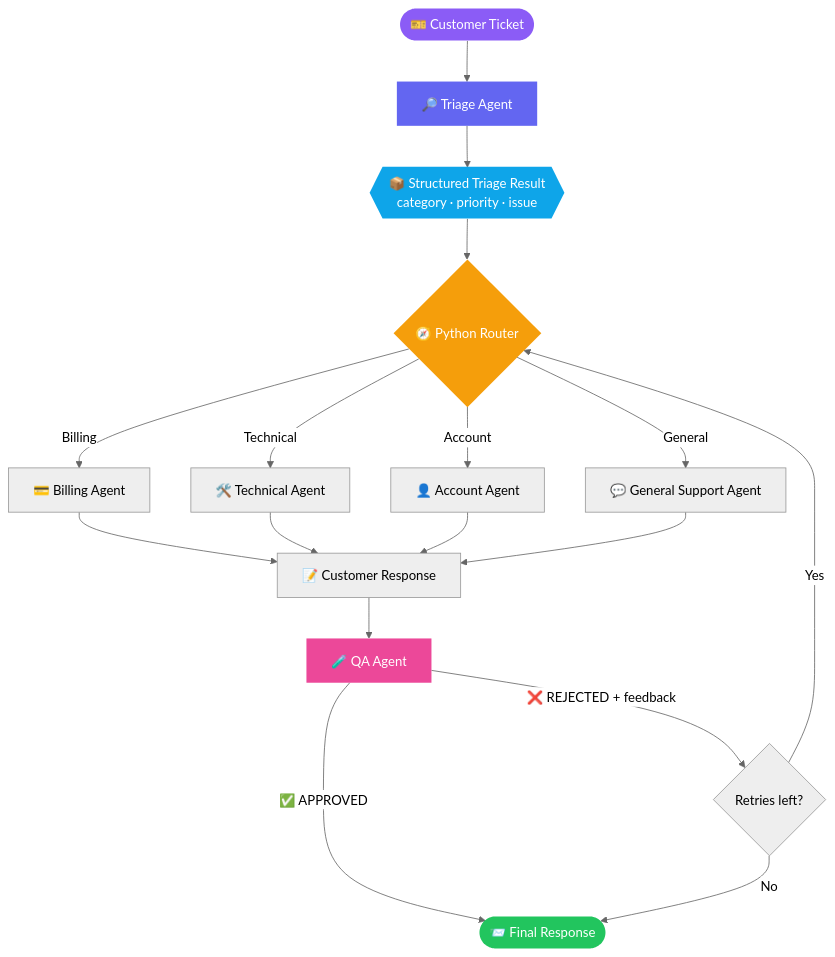
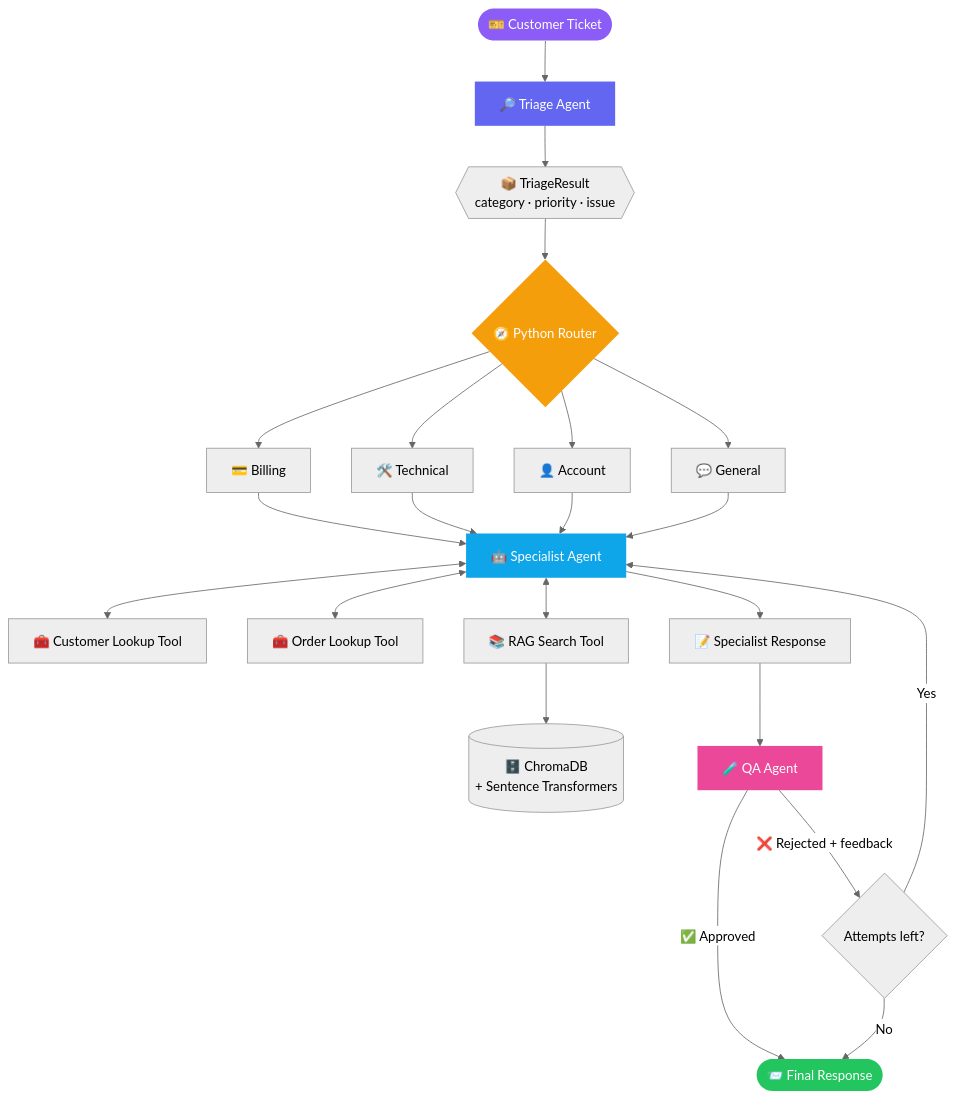
Before and after one commit to Mahee0117/Ticket_resolver_crewai: the first of 3 diagrams in README.md, drawn with Mermaid (neutral theme). The commit also changed other lines of this file and 19 other files, not shown here.

````diff
--- a/README.md
+++ b/README.md
@@ -77,26 +97,30 @@
 ```mermaid
 flowchart TD
     A([🎫 Customer Ticket]) --> B[🔎 Triage Agent]
-    B --> C{{📦 Structured Triage Result<br/>category · priority · issue}}
+    B --> C{{📦 TriageResult<br/>category · priority · issue}}
     C --> D{🧭 Python Router}
-    D -->|Billing| E[💳 Billing Agent]
-    D -->|Technical| F[🛠️ Technical Agent]
-    D -->|Account| G[👤 Account Agent]
-    D -->|General| H[💬 General Support Agent]
-    E --> I[📝 Customer Response]
-    F --> I
-    G --> I
-    H --> I
-    I --> J[🧪 QA Agent]
-    J -->|✅ APPROVED| K([📨 Final Response])
-    J -->|❌ REJECTED + feedback| L{Retries left?}
-    L -->|Yes| D
-    L -->|No| K
+    D --> E[💳 Billing]
+    D --> F[🛠️ Technical]
+    D --> G[👤 Account]
+    D --> H[💬 General]
+    E & F & G & H --> S[🤖 Specialist Agent]
+
+    S <--> T1[🧰 Customer Lookup Tool]
+    S <--> T2[🧰 Order Lookup Tool]
+    S <--> T3[📚 RAG Search Tool]
+    T3 --> KB[(🗄️ ChromaDB<br/>+ Sentence Transformers)]
+
+    S --> R[📝 Specialist Response]
+    R --> Q[🧪 QA Agent]
+    Q -->|✅ Approved| Z([📨 Final Response])
+    Q -->|❌ Rejected + feedback| L{Attempts left?}
+    L -->|Yes| S
+    L -->|No| Z
 
     style A fill:#8b5cf6,color:#fff,stroke:none
     style B fill:#6366f1,color:#fff,stroke:none
-    style C fill:#0ea5e9,color:#fff,stroke:none
     style D fill:#f59e0b,color:#fff,stroke:none
-    style J fill:#ec4899,color:#fff,stroke:none
-    style K fill:#22c55e,color:#fff,stroke:none
+    style S fill:#0ea5e9,color:#fff,stroke:none
+    style Q fill:#ec4899,color:#fff,stroke:none
+    style Z fill:#22c55e,color:#fff,stroke:none
 ```
````
